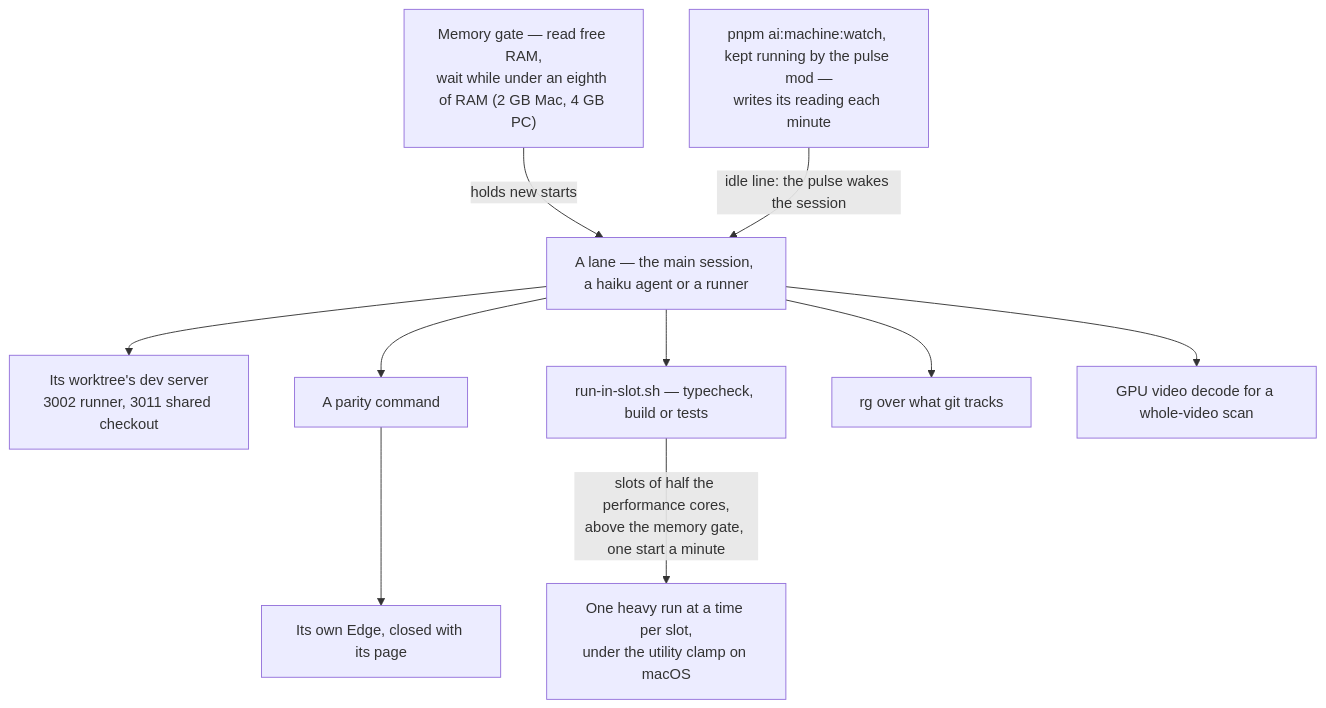
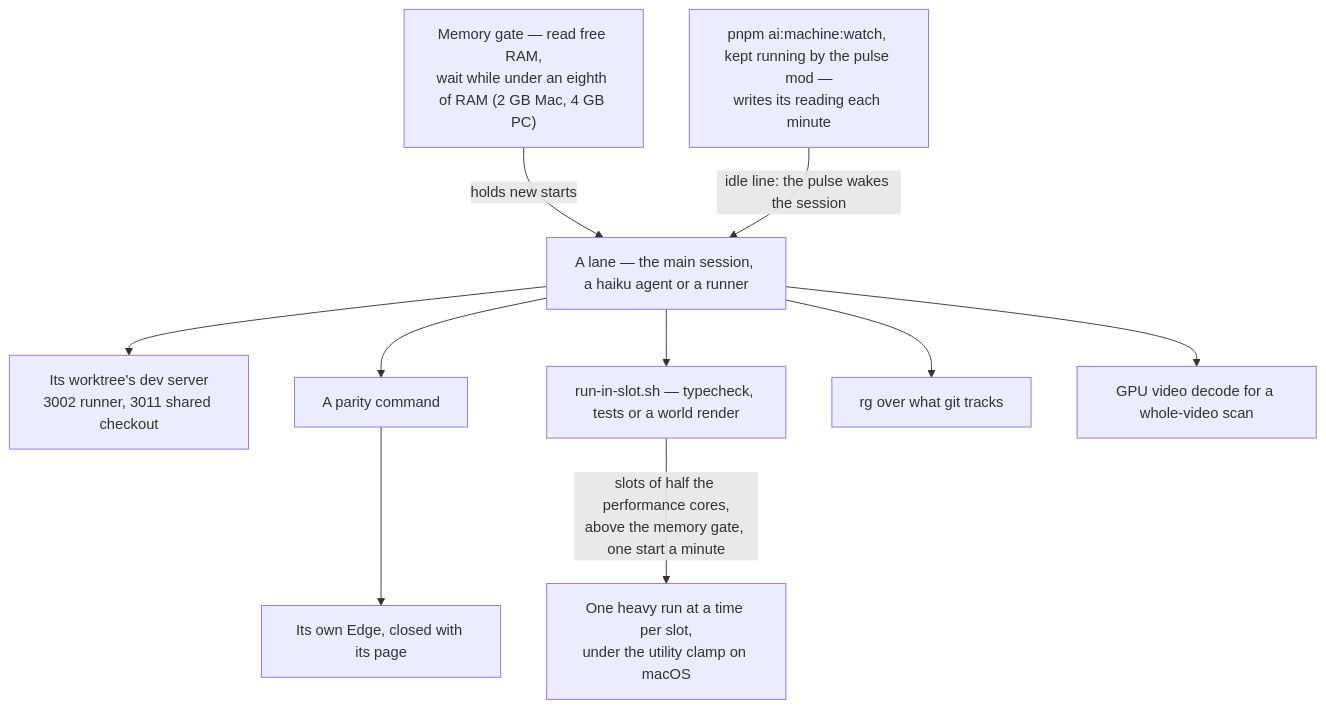
One commit to Esposter/Esposter changed the diagram in apps/web/content/docs/architecture/machine-efficiency.md. Above: the diagram before and after it, drawn with Mermaid. The commit also changed other lines of this file and 8 other files, not shown here.

First line of the commit message:
fix(web): pnpm dev builds the packages first and then starts nuxt dev, a build never waits for a run slot, and the content watcher is off

````diff
--- a/apps/web/content/docs/architecture/machine-efficiency.md
+++ b/apps/web/content/docs/architecture/machine-efficiency.md
@@ -20,12 +20,12 @@
 ```mermaid
 flowchart TD
   G["Memory gate — read free RAM,<br/>wait while under an eighth of RAM (2 GB Mac, 4 GB PC)"] -->|"holds new starts"| L
   W["pnpm ai:machine:watch, kept running by the pulse mod —<br/>writes its reading each minute"] -->|"idle line: the pulse wakes the session"| L
   L["A lane — the main session, a haiku agent or a runner"] --> DS["Its worktree's dev server<br/>3002 runner, 3011 shared checkout"]
   L --> CMD["A parity command"]
   CMD --> EDGE["Its own Edge, closed with its page"]
-  L --> SLOT["run-in-slot.sh — typecheck, build or tests"]
+  L --> SLOT["run-in-slot.sh — typecheck, tests or a world render"]
   SLOT -->|"slots of half the performance cores,<br/>above the memory gate, one start a minute"| RUN["One heavy run at a time per slot,<br/>under the utility clamp on macOS"]
   L --> SEARCH["rg over what git tracks"]
   L --> VIDEO["GPU video decode for a whole-video scan"]
 ```
````
